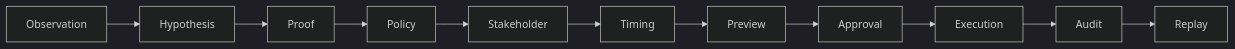
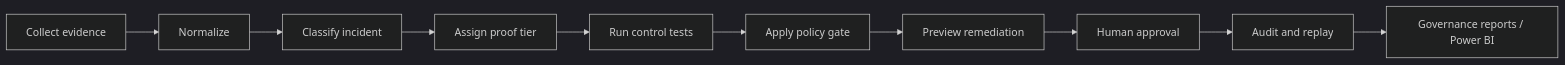
One commit to Kozphy/Windows-Network-Recovery-Toolkit changed the diagram in README.md. Above: the diagram before and after it, drawn with Mermaid (dark theme). The commit also changed other lines of this file, not shown here.

````diff
--- a/README.md
+++ b/README.md
@@ -250,13 +41,12 @@
 ```mermaid
 flowchart LR
-  O[Observation] --> H[Hypothesis]
-  H --> Pf[Proof]
-  Pf --> Pol[Policy]
-  Pol --> St[Stakeholder]
-  St --> Tm[Timing]
-  Tm --> Prev[Preview]
-  Prev --> Ap[Approval]
-  Ap --> Ex[Execution]
-  Ex --> Aud[Audit]
-  Aud --> Rp[Replay]
+    A[Collect evidence] --> B[Normalize]
+    B --> C[Classify incident]
+    C --> D[Assign proof tier]
+    D --> E[Run control tests]
+    E --> F[Apply policy gate]
+    F --> G[Preview remediation]
+    G --> H[Human approval]
+    H --> I[Audit and replay]
+    I --> J[Governance reports / Power BI]
 ```
````
